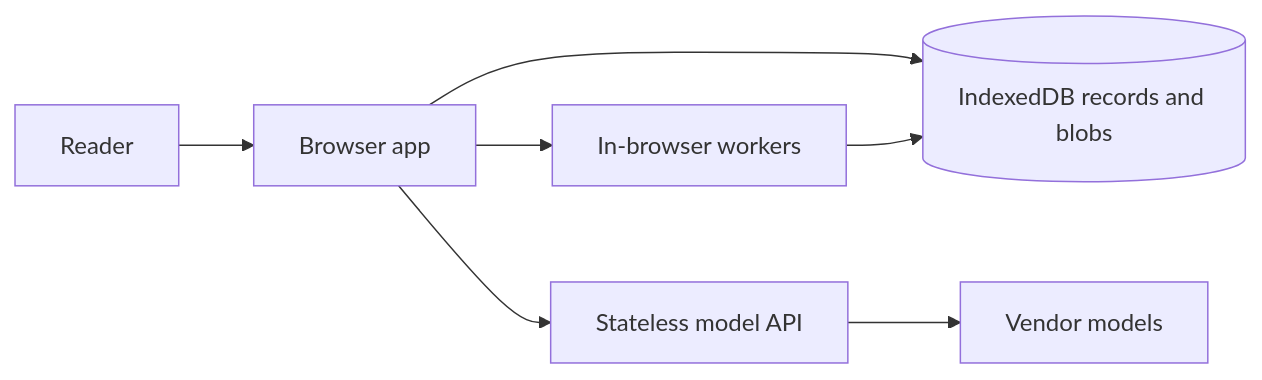
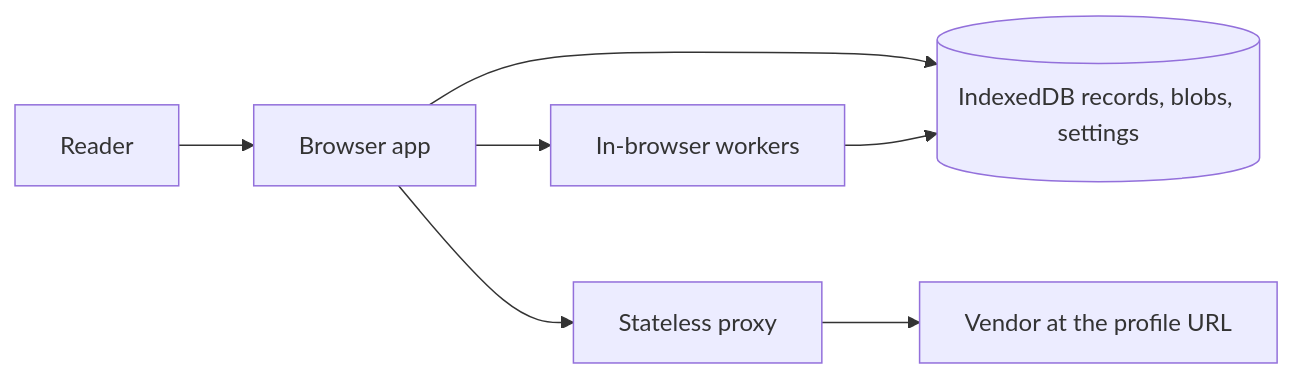
The second of 6 diagrams in specs/discussion/DESIGN.md (manishsharma004/open-book-reader), drawn with Mermaid before and after one commit. The commit also changed other lines of this file and 1 other file, not shown here.

First line of the commit message:
Store vendor connection settings in the browser.

````diff
--- a/specs/discussion/DESIGN.md
+++ b/specs/discussion/DESIGN.md
@@ -101,16 +103,16 @@
 ```mermaid
 flowchart LR
   reader[Reader]
   app[Browser app]
   workers[In-browser workers]
-  idb[("IndexedDB records and blobs")]
-  api[Stateless model API]
-  models[Vendor models]
+  idb[("IndexedDB records, blobs, settings")]
+  proxy[Stateless proxy]
+  vendor[Vendor at the profile URL]
 
   reader --> app
   app --> workers
   app --> idb
   workers --> idb
-  app --> api
-  api --> models
+  app --> proxy
+  proxy --> vendor
 ```
````
